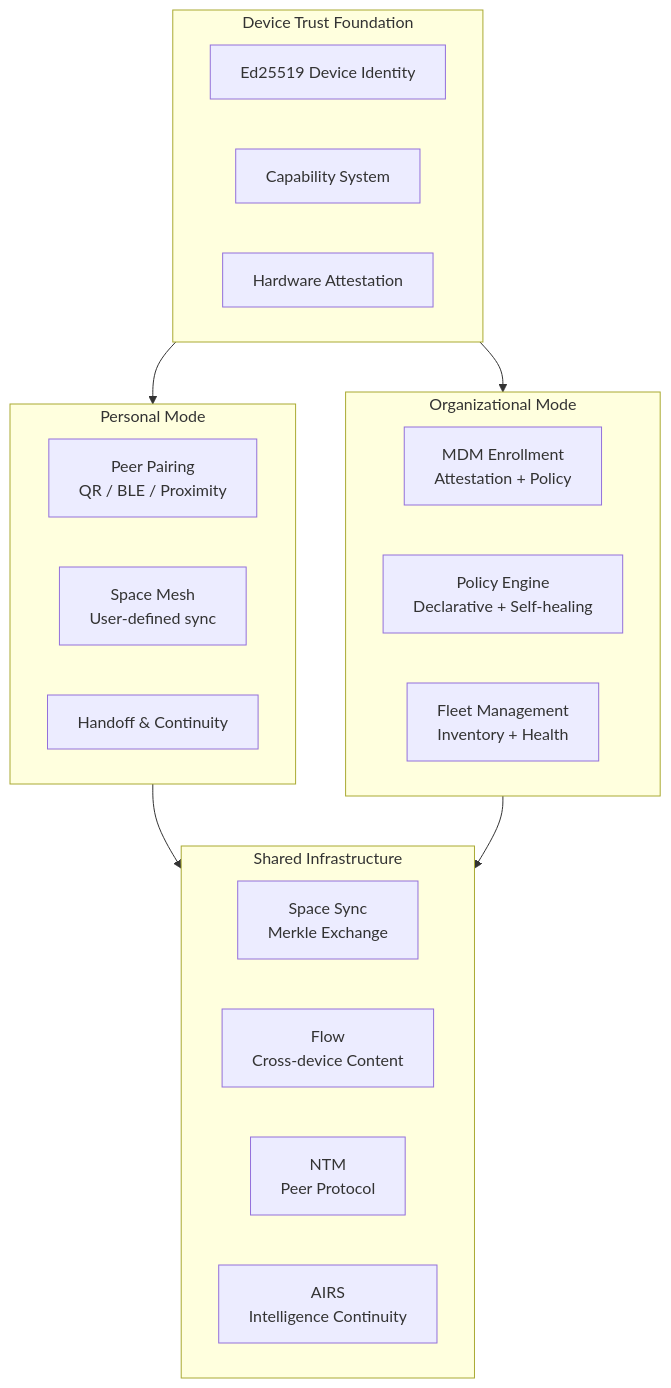
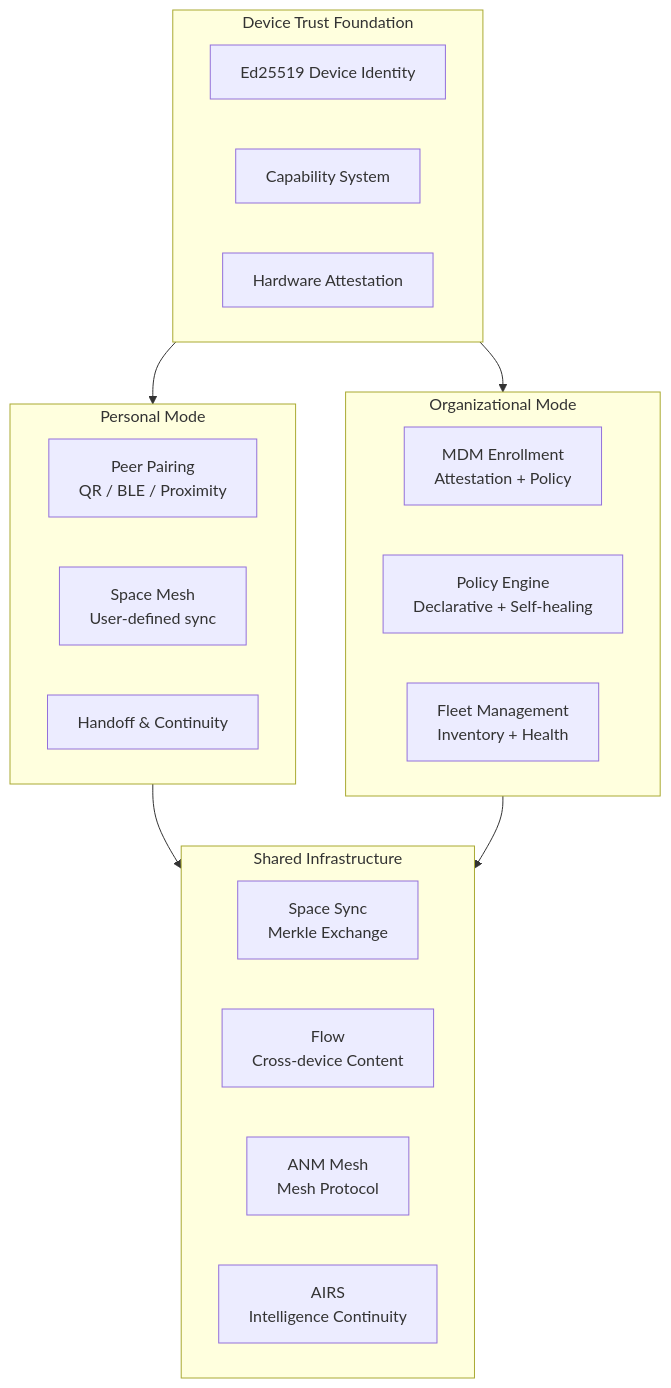
Before and after one commit to juslee/aios: the first of 2 diagrams in docs/platform/multi-device.md, drawn with Mermaid. The commit also changed other lines of this file and 74 other files, not shown here.

First line of the commit message:
ANM: AI Network Model — replace OSI with mesh-native networking (#139)

````diff
--- a/docs/platform/multi-device.md
+++ b/docs/platform/multi-device.md
@@ -24,32 +24,32 @@
 ```mermaid
 flowchart TB
     subgraph foundation["Device Trust Foundation"]
         DI[Ed25519 Device Identity]
         CA[Capability System]
         AT[Hardware Attestation]
     end
 
     subgraph personal["Personal Mode"]
         PP[Peer Pairing<br/>QR / BLE / Proximity]
         SM[Space Mesh<br/>User-defined sync]
         HO[Handoff &amp; Continuity]
     end
 
     subgraph org["Organizational Mode"]
         ME[MDM Enrollment<br/>Attestation + Policy]
         PE[Policy Engine<br/>Declarative + Self-healing]
         FM[Fleet Management<br/>Inventory + Health]
     end
 
     subgraph shared["Shared Infrastructure"]
         SS[Space Sync<br/>Merkle Exchange]
         FL[Flow<br/>Cross-device Content]
-        NT[NTM<br/>Peer Protocol]
+        NT[ANM Mesh<br/>Mesh Protocol]
         AI[AIRS<br/>Intelligence Continuity]
     end
 
     foundation --> personal
     foundation --> org
     personal --> shared
     org --> shared
 ```
````
